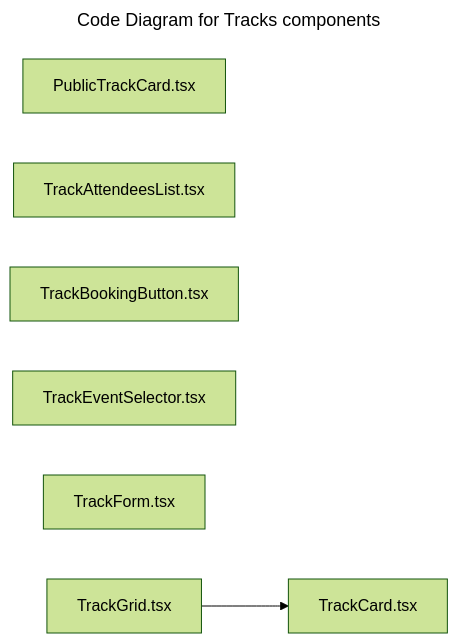
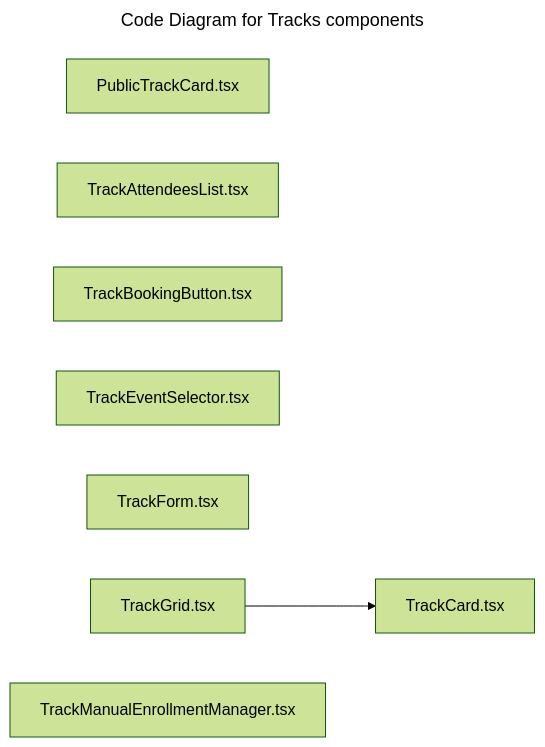
Before and after one commit to AbdelrhmanAhmad/trafficmena-dev: the diagram in docs/c4/code/c4-code-src-features-tracks-components.md, drawn with Mermaid (forest theme). The commit also changed other lines of this file and 14 other files, not shown here.

First line of the commit message:
docs: update C4 architecture documentation and add handover doc

````diff
--- a/docs/c4/code/c4-code-src-features-tracks-components.md
+++ b/docs/c4/code/c4-code-src-features-tracks-components.md
@@ -135,14 +135,15 @@
 ```mermaid
 ---
 title: Code Diagram for Tracks components
 ---
 flowchart LR
     publictrackcard["PublicTrackCard.tsx"]
     trackattendeeslist["TrackAttendeesList.tsx"]
     trackbookingbutton["TrackBookingButton.tsx"]
     trackcard["TrackCard.tsx"]
     trackeventselector["TrackEventSelector.tsx"]
     trackform["TrackForm.tsx"]
     trackgrid["TrackGrid.tsx"]
+    trackmanualenrollmentmanager["TrackManualEnrollmentManager.tsx"]
     trackgrid --> trackcard
 ```
````
